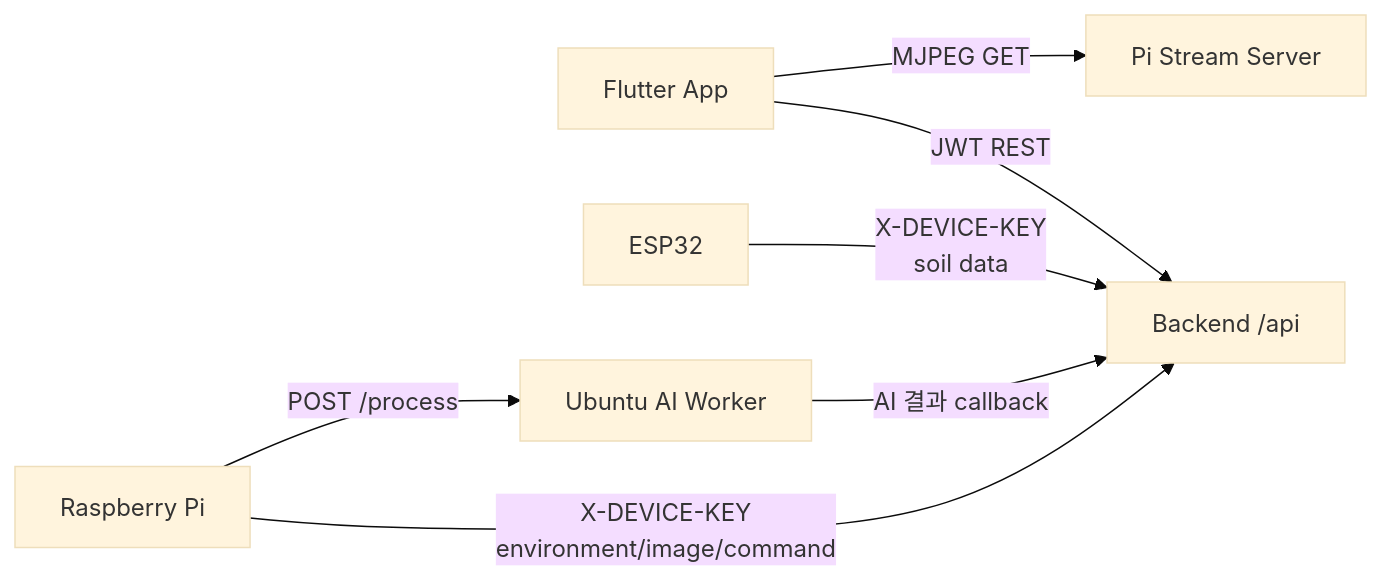
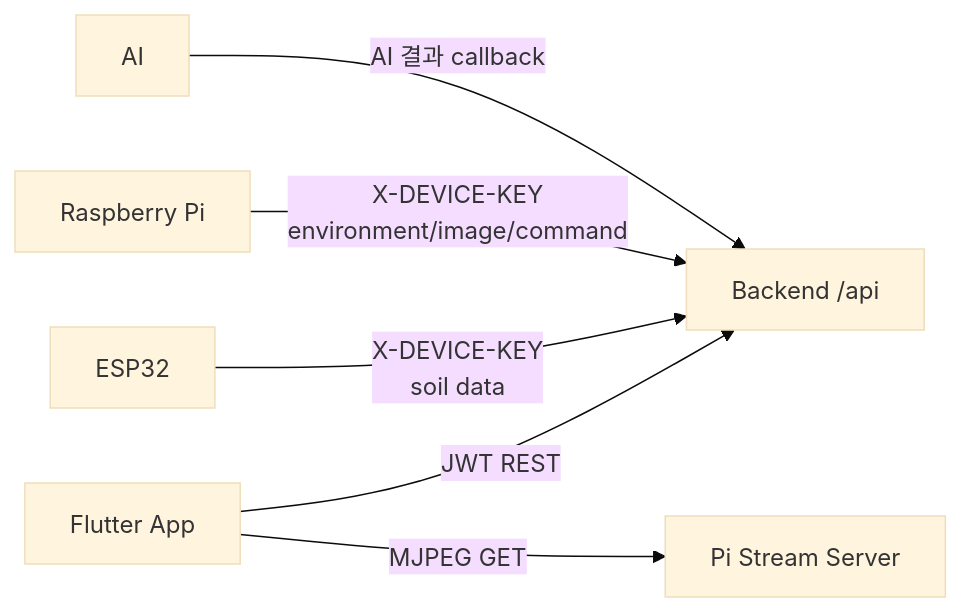
Before and after one commit to Age-Code/greenlink_update: the first of 2 diagrams in docs/API_SPECIFICATION.md, drawn with Mermaid (base theme). The commit also changed other lines of this file and 70 other files, not shown here.

````diff
--- a/docs/API_SPECIFICATION.md
+++ b/docs/API_SPECIFICATION.md
@@ -21,9 +22,8 @@
 ```mermaid
 flowchart LR
     App[Flutter App] -->|JWT REST| Back[Backend /api]
     ESP[ESP32] -->|X-DEVICE-KEY<br/>soil data| Back
     Pi[Raspberry Pi] -->|X-DEVICE-KEY<br/>environment/image/command| Back
     App -->|MJPEG GET| Stream[Pi Stream Server]
-    Pi -->|POST /process| AI[Ubuntu AI Worker]
     AI -->|AI 결과 callback| Back
 ```
````
